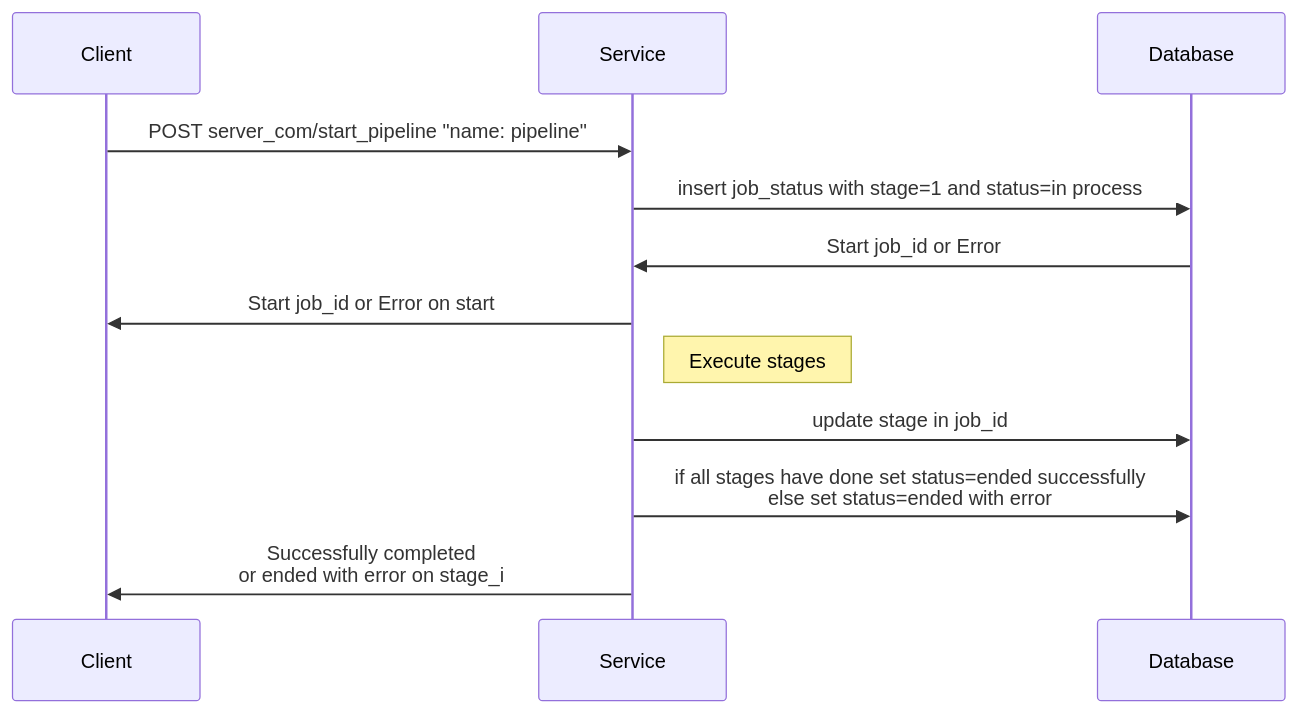
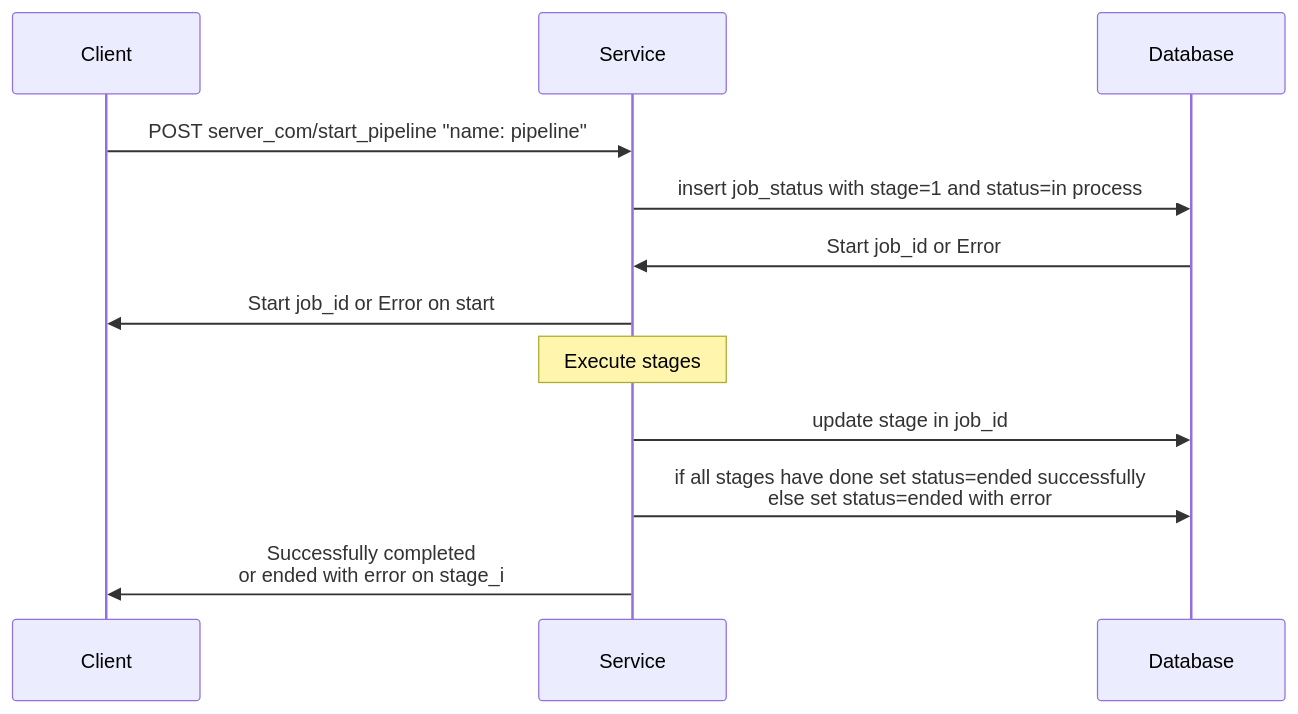
One commit to Jwostik/FastAPI changed the second of 4 diagrams in pipeline.md. Above: the diagram before and after it, drawn with Mermaid.

````diff
--- a/pipeline.md
+++ b/pipeline.md
@@ -15,14 +15,14 @@
 ```mermaid
 sequenceDiagram
     participant C as Client
     participant S as Service
     participant D as Database
     C->>S: POST server_com/start_pipeline "name: pipeline"
     S->>D: insert job_status with stage=1 and status=in process
     D->>S: Start job_id or Error
     S->>C: Start job_id or Error on start
-    Note right of S: Execute stages
+    Note over S: Execute stages
     S->>D: update stage in job_id
     S->>D: if all stages have done set status=ended successfully<br/>else set status=ended with error
     S->>C: Successfully completed<br/> or ended with error on stage_i
 ```
````
